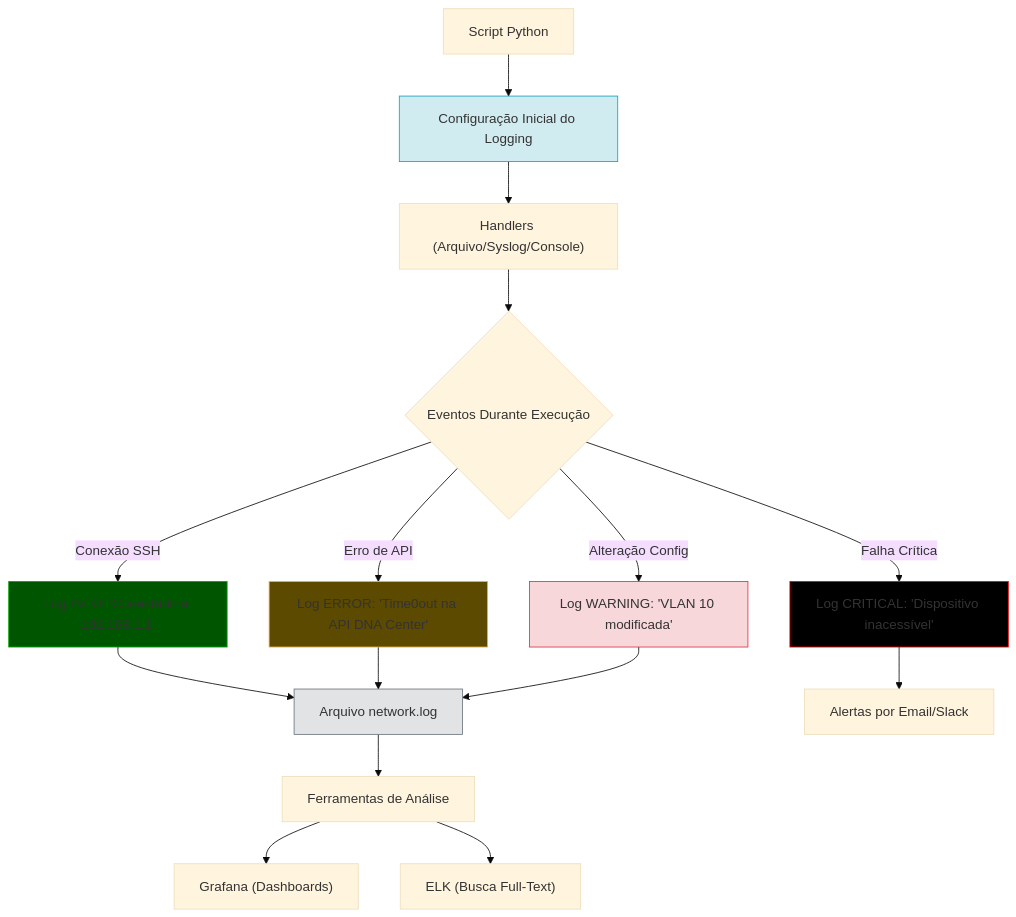
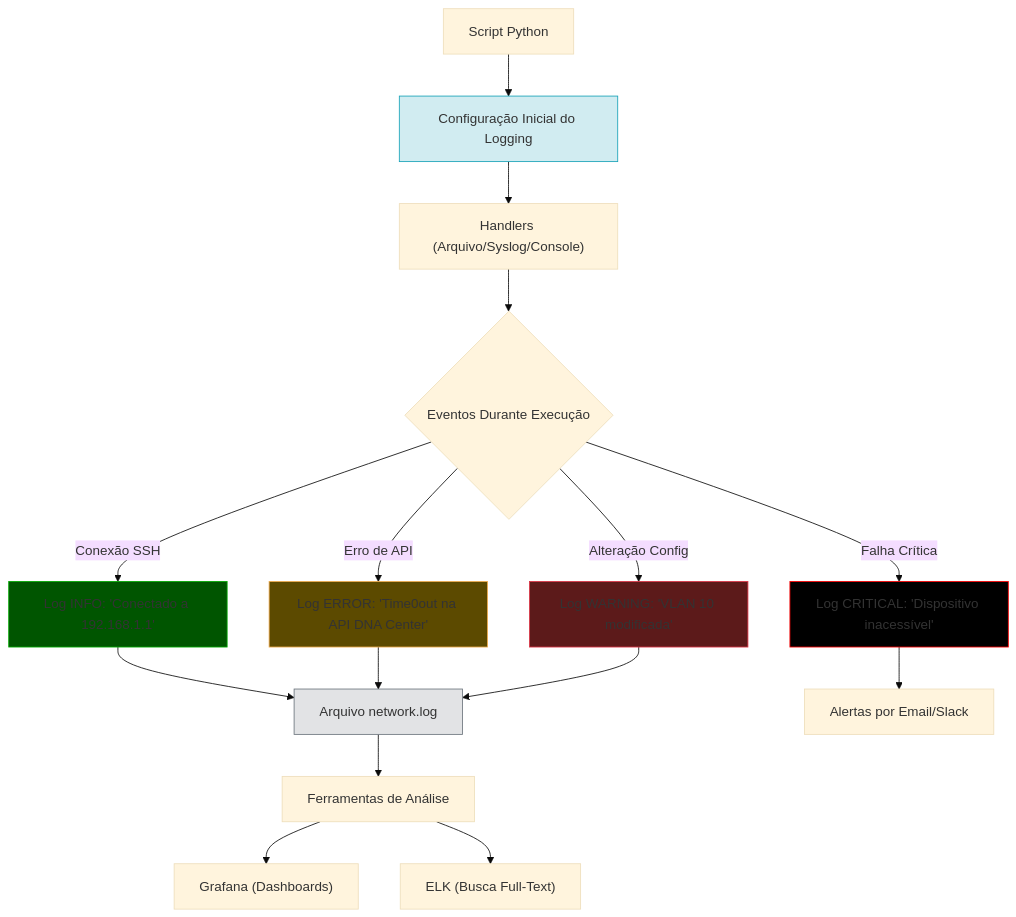
One commit to alcancil/Cisco changed the diagram in CCNP 350-401 ENCOR/06 - Automation/17- Python - Basico 12 - Logging/README.md. Above: the diagram before and after it, drawn with Mermaid (base theme).

Commit message:
Alterado o arquivo README.md

````diff
--- a/CCNP 350-401 ENCOR/06 - Automation/17- Python - Basico 12 - Logging/README.md
+++ b/CCNP 350-401 ENCOR/06 - Automation/17- Python - Basico 12 - Logging/README.md
@@ -32,24 +32,24 @@
 ```mermaid
 graph TB
     A[Script Python] --> B[Configuração Inicial do Logging]
     B --> C["Handlers (Arquivo/Syslog/Console)"]
     C --> D{"Eventos Durante Execução"}
     D -->|Conexão SSH| E[Log INFO: 'Conectado a 192.168.1.1']
     D -->|Erro de API| F[Log ERROR: 'Time0out na API DNA Center']
     D -->|Alteração Config| G[Log WARNING: 'VLAN 10 modificada']
     D -->|Falha Crítica| H[Log CRITICAL: 'Dispositivo inacessível']
     E --> I[Arquivo network.log]
     F --> I
     G --> I
     H --> J[Alertas por Email/Slack]
     I --> K[Ferramentas de Análise]
     K --> L["Grafana (Dashboards)"]
     K --> M["ELK (Busca Full-Text)"]
 
     style B fill:#d1ecf1,stroke:#17a2b8,color:#000000  # Configuracao
     style E fill:#005500,stroke:#00AA00,color:#FFFFFF  # INFO
-    style F fill:#5c4a00,stroke:#f0ad4e,color:#ffffff  # ERROR
-    style G fill:#f8d7da,stroke:#dc3545,color:#000000  # WARNING
+    style F fill:#5c4a00,stroke:#f0ad4e,color:#FFFFFF  # ERROR
+    style G fill:#5c1a1a,stroke:#dc3545,color:#FFFFFF  # WARNING
     style H fill:#000000,stroke:#ff0000,color:#ffffff  # CRITICAL
     style I fill:#e2e3e5,stroke:#6c757d,color:#000000  # Arquivo
 ```
````
